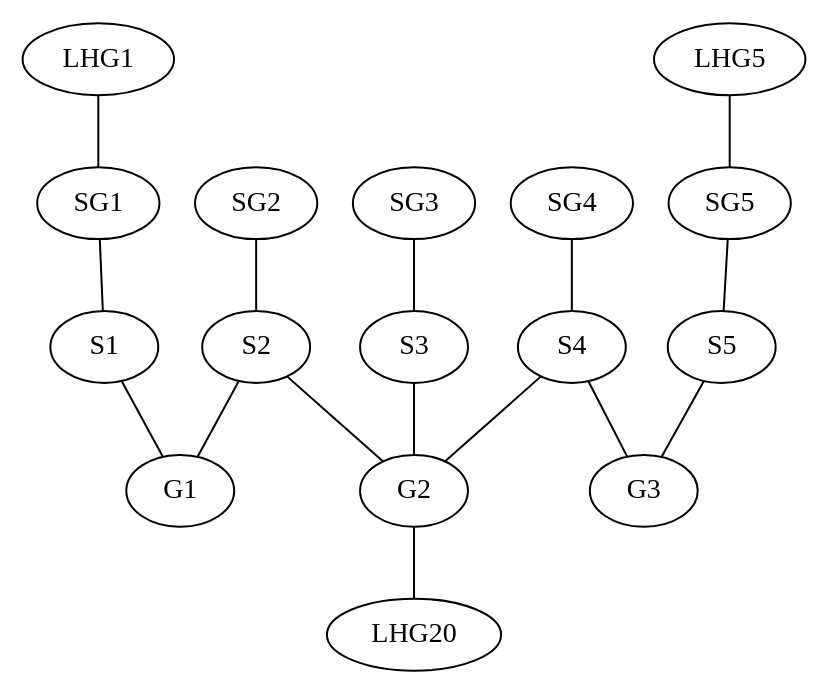
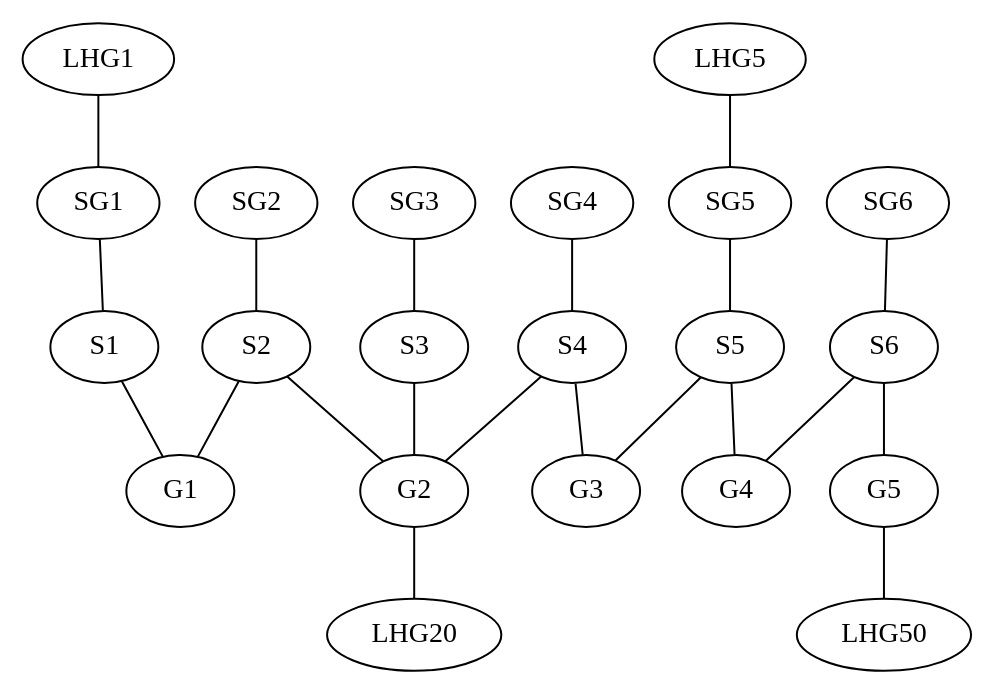
One commit to water/resources changed the diagram in report/fig/labgroup/strict_proof_continue.dot. Above: the diagram before and after it, drawn with Graphviz. The commit also changed 1 other file, not shown here.

Commit message:
Update dot-diagram to add student outside of A

```diff
--- a/report/fig/labgroup/strict_proof_continue.dot
+++ b/report/fig/labgroup/strict_proof_continue.dot
@@ -1,45 +1,52 @@
 graph G {
   /* Startgroups and it's repos */
   LHG1 -- SG1
   SG1 -- S1
   SG2 -- S2
   SG3 -- S3
   SG4 -- S4
   SG5 -- S5
   LHG5 -- SG5
+  SG6 -- S6
 
   /* Labgroups */
   S1 -- G1
   S2 -- G1
 
   S2 -- G2
   S3 -- G2
   S4 -- G2
 
   S4 -- G3
   S5 -- G3
+
+  S5 -- G4
+  S6 -- G4
+
+  S6 -- G5
   
   /* The sets A and B */
   /* subgraph cluster_A { */
   /*   S1 */
   /*   S2 */
   /*   S3 */
   /*   S4 */
   /*   S5 */
   /*   label = "                A" */
 
   /*   subgraph cluster_B { */
   /*     S2 */
   /*     S3 */
   /*     S4 */
   /*     label = "                B" */
   /*   } */
   /* } */
 
   /* Repos */
   G2 -- LHG20
+  G5 -- LHG50
 
   /* Bonus properties */ 
   /* S3 [shape = doublecircle] */ 
   /* LHG20 [style=dashed] */
 }
```
